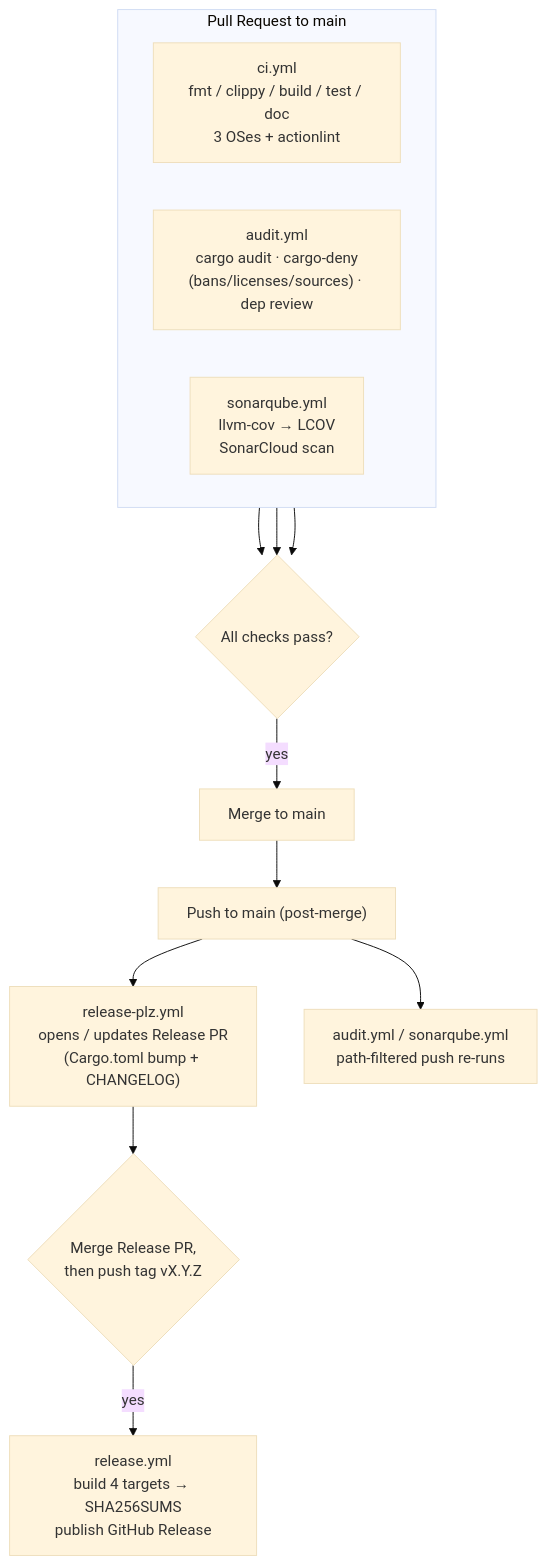
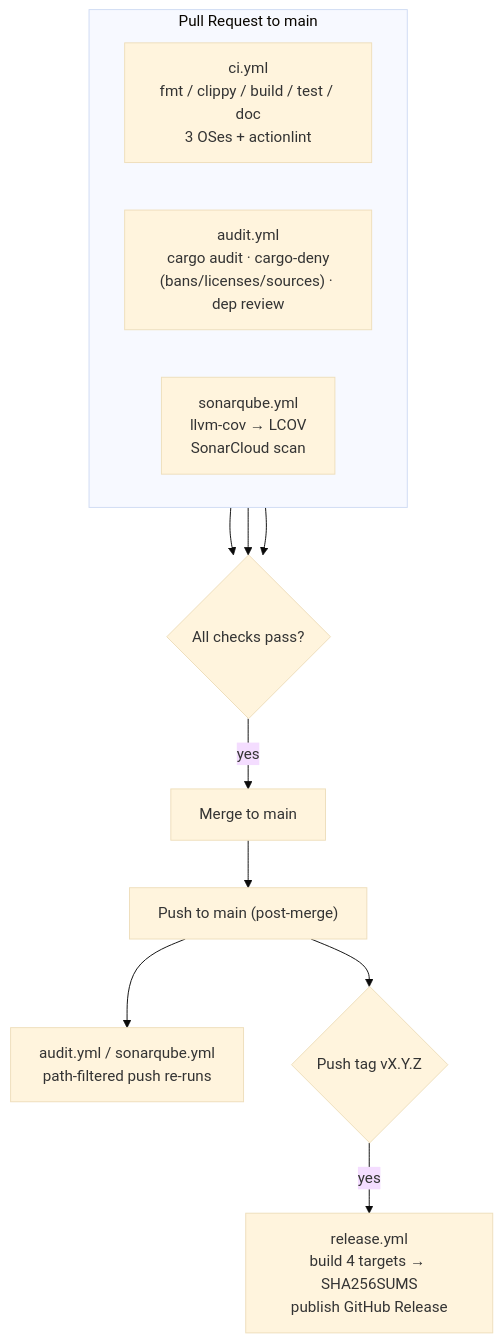
Before and after one commit to testingdb/gutenberg_parser: the diagram in WORKFLOW.md, drawn with Mermaid (base theme). The commit also changed other lines of this file and 2 other files, not shown here.

Commit message:
ci: remove release-plz workflow

````diff
--- a/WORKFLOW.md
+++ b/WORKFLOW.md
@@ -25,23 +24,22 @@
 ```mermaid
 flowchart TB
     subgraph PR["Pull Request to main"]
         direction LR
         CI["ci.yml<br/>fmt / clippy / build / test / doc<br/>3 OSes + actionlint"]
         AUD["audit.yml<br/>cargo audit · cargo-deny<br/>(bans/licenses/sources) · dep review"]
         SON["sonarqube.yml<br/>llvm-cov → LCOV<br/>SonarCloud scan"]
     end
 
     CI --> ALLPASS
     AUD --> ALLPASS{All checks pass?}
     SON --> ALLPASS
 
     ALLPASS -->|"yes"| MERGE["Merge to main"]
 
     MERGE --> MAIN["Push to main (post-merge)"]
 
-    MAIN --> RPLZ["release-plz.yml<br/>opens / updates Release PR<br/>(Cargo.toml bump + CHANGELOG)"]
     MAIN --> RECUR["audit.yml / sonarqube.yml<br/>path-filtered push re-runs"]
+    MAIN --> TAG{"Push tag vX.Y.Z"}
 
-    RPLZ --> TAG{"Merge Release PR,<br/>then push tag vX.Y.Z"}
     TAG -->|"yes"| REL["release.yml<br/>build 4 targets → SHA256SUMS<br/>publish GitHub Release"]
 ```
````
